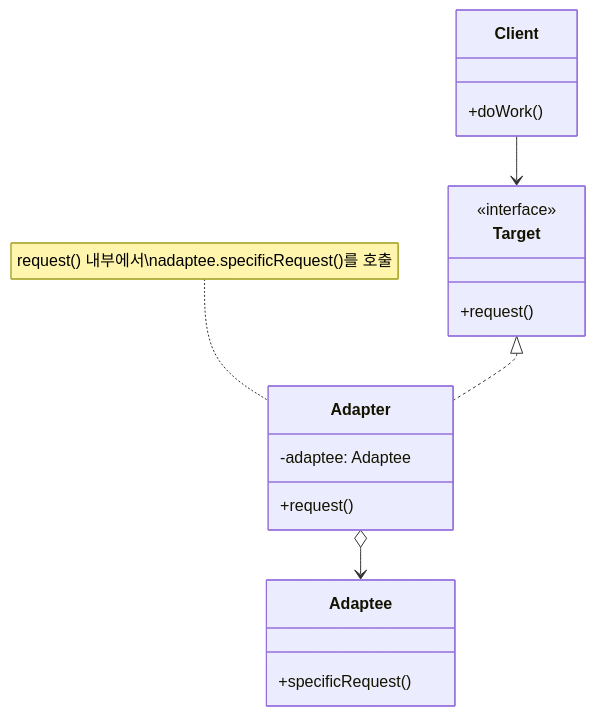
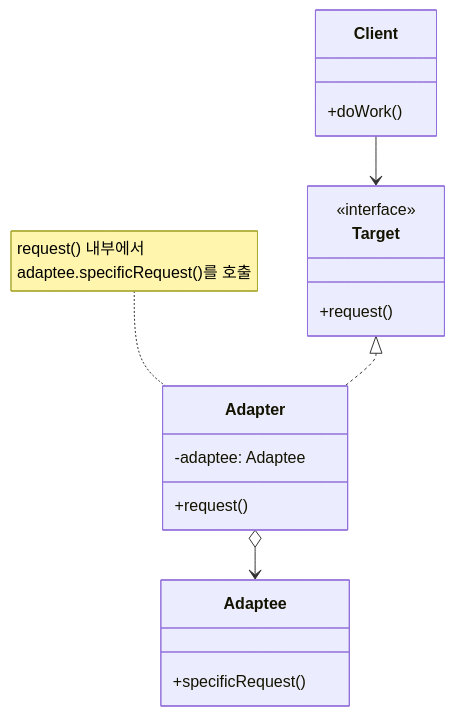
Before and after one commit to jjjjjunhyung/Roadmap: the tenth of 12 diagrams in Challenge/Design Pattern.md, drawn with Mermaid. The commit also changed other lines of this file, not shown here.

````diff
--- a/Challenge/Design Pattern.md
+++ b/Challenge/Design Pattern.md
@@ -399,26 +399,26 @@
 ``` mermaid
 classDiagram
     class Client {
         +doWork()
     }
     
     class Target {
         <<interface>>
         +request()
     }
     
     class Adapter {
         -adaptee: Adaptee
         +request()
     }
     
     class Adaptee {
         +specificRequest()
     }
     
     Client --> Target
     Target <|.. Adapter
     Adapter o--> Adaptee
     
-    note for Adapter "request() 내부에서\nadaptee.specificRequest()를 호출"
+    note for Adapter "request() 내부에서<br>adaptee.specificRequest()를 호출"
 ```
````
